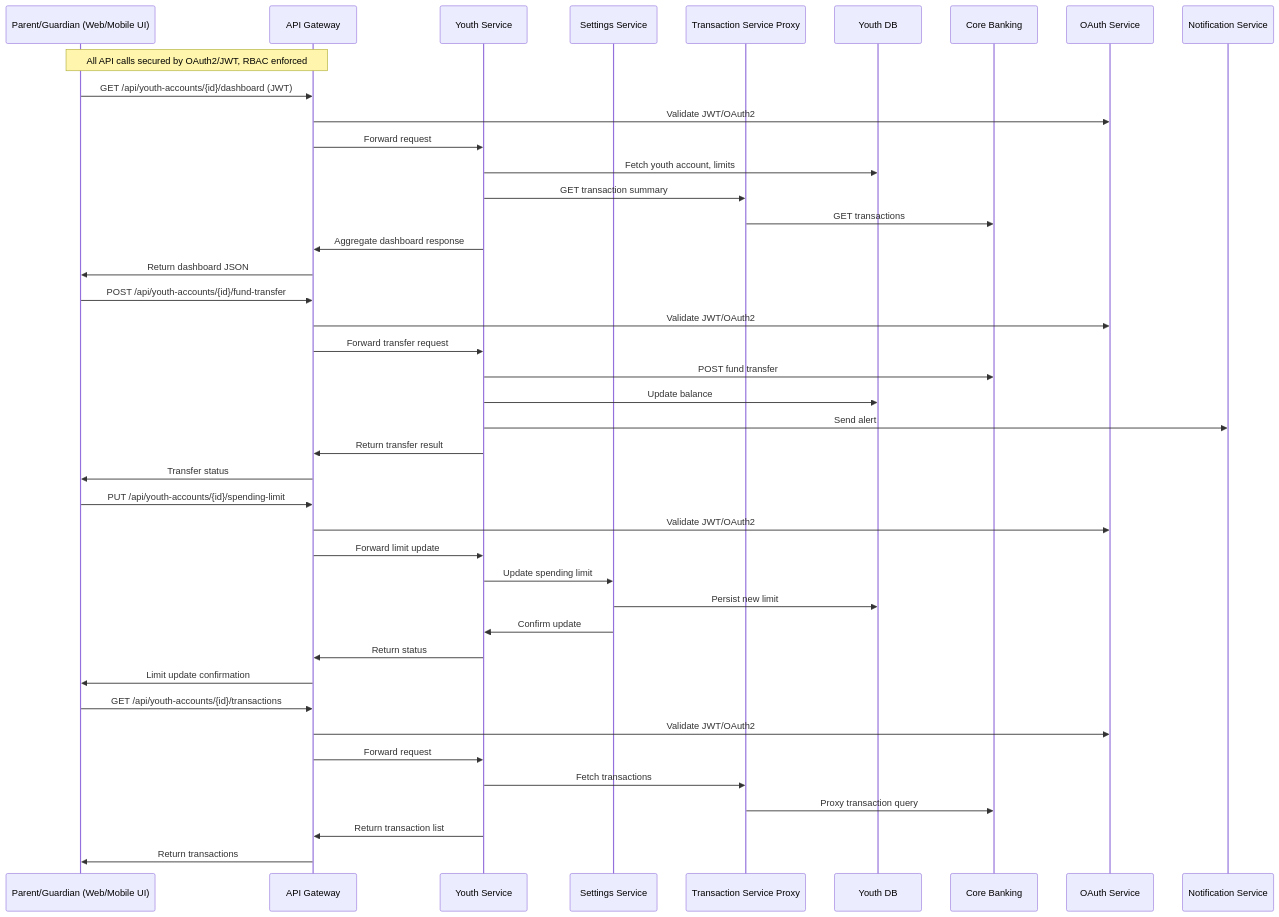
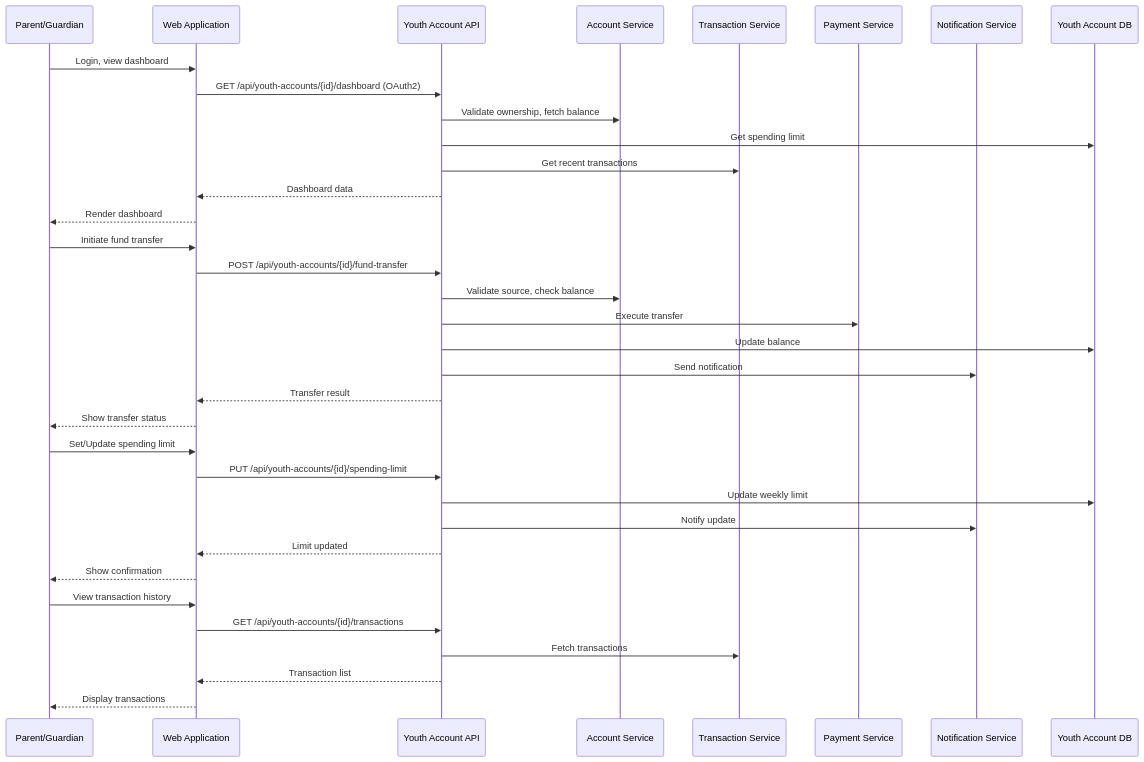
One commit to Ascend-Krithi/SCIB-Inception changed the diagram in Components and Sequence Diagrams/sequence_diagram.mmd. Above: the diagram before and after it, drawn with Mermaid. The commit also changed 1 other file, not shown here.

```diff
--- a/Components and Sequence Diagrams/sequence_diagram.mmd
+++ b/Components and Sequence Diagrams/sequence_diagram.mmd
@@ -1,48 +1,44 @@
-%% Sequence Diagram for Parent-Managed Youth Account APIs
+%% Sequence Diagram: Youth Account Parental Fund Management
 sequenceDiagram
-  participant Parent as Parent/Guardian (Web/Mobile UI)
-  participant APIGW as API Gateway
-  participant YouthS as Youth Service
-  participant SettingsS as Settings Service
-  participant TxnS as Transaction Service Proxy
-  participant DB as Youth DB
-  participant CoreBank as Core Banking
-  participant Auth as OAuth Service
-  participant Notification as Notification Service
+  participant Parent as Parent/Guardian
+  participant WebApp as Web Application
+  participant API as Youth Account API
+  participant AccSvc as Account Service
+  participant TxnSvc as Transaction Service
+  participant PaySvc as Payment Service
+  participant NotifSvc as Notification Service
+  participant YDB as Youth Account DB
 
-  Note over Parent,APIGW: All API calls secured by OAuth2/JWT, RBAC enforced
+  %% Dashboard Retrieval
+  Parent->>WebApp: Login, view dashboard
+  WebApp->>API: GET /api/youth-accounts/{id}/dashboard (OAuth2)
+  API->>AccSvc: Validate ownership, fetch balance
+  API->>YDB: Get spending limit
+  API->>TxnSvc: Get recent transactions
+  API-->>WebApp: Dashboard data
+  WebApp-->>Parent: Render dashboard
 
-  Parent->>APIGW: GET /api/youth-accounts/{id}/dashboard (JWT)
-  APIGW->>Auth: Validate JWT/OAuth2
-  APIGW->>YouthS: Forward request
-  YouthS->>DB: Fetch youth account, limits
-  YouthS->>TxnS: GET transaction summary
-  TxnS->>CoreBank: GET transactions
-  YouthS->>APIGW: Aggregate dashboard response
-  APIGW->>Parent: Return dashboard JSON
+  %% Fund Transfer
+  Parent->>WebApp: Initiate fund transfer
+  WebApp->>API: POST /api/youth-accounts/{id}/fund-transfer
+  API->>AccSvc: Validate source, check balance
+  API->>PaySvc: Execute transfer
+  API->>YDB: Update balance
+  API->>NotifSvc: Send notification
+  API-->>WebApp: Transfer result
+  WebApp-->>Parent: Show transfer status
 
-  Parent->>APIGW: POST /api/youth-accounts/{id}/fund-transfer
-  APIGW->>Auth: Validate JWT/OAuth2
-  APIGW->>YouthS: Forward transfer request
-  YouthS->>CoreBank: POST fund transfer
-  YouthS->>DB: Update balance
-  YouthS->>Notification: Send alert
-  YouthS->>APIGW: Return transfer result
-  APIGW->>Parent: Transfer status
+  %% Set Spending Limit
+  Parent->>WebApp: Set/Update spending limit
+  WebApp->>API: PUT /api/youth-accounts/{id}/spending-limit
+  API->>YDB: Update weekly limit
+  API->>NotifSvc: Notify update
+  API-->>WebApp: Limit updated
+  WebApp-->>Parent: Show confirmation
 
-  Parent->>APIGW: PUT /api/youth-accounts/{id}/spending-limit
-  APIGW->>Auth: Validate JWT/OAuth2
-  APIGW->>YouthS: Forward limit update
-  YouthS->>SettingsS: Update spending limit
-  SettingsS->>DB: Persist new limit
-  SettingsS->>YouthS: Confirm update
-  YouthS->>APIGW: Return status
-  APIGW->>Parent: Limit update confirmation
-
-  Parent->>APIGW: GET /api/youth-accounts/{id}/transactions
-  APIGW->>Auth: Validate JWT/OAuth2
-  APIGW->>YouthS: Forward request
-  YouthS->>TxnS: Fetch transactions
-  TxnS->>CoreBank: Proxy transaction query
-  YouthS->>APIGW: Return transaction list
-  APIGW->>Parent: Return transactions
+  %% Transaction History
+  Parent->>WebApp: View transaction history
+  WebApp->>API: GET /api/youth-accounts/{id}/transactions
+  API->>TxnSvc: Fetch transactions
+  API-->>WebApp: Transaction list
+  WebApp-->>Parent: Display transactions
```
